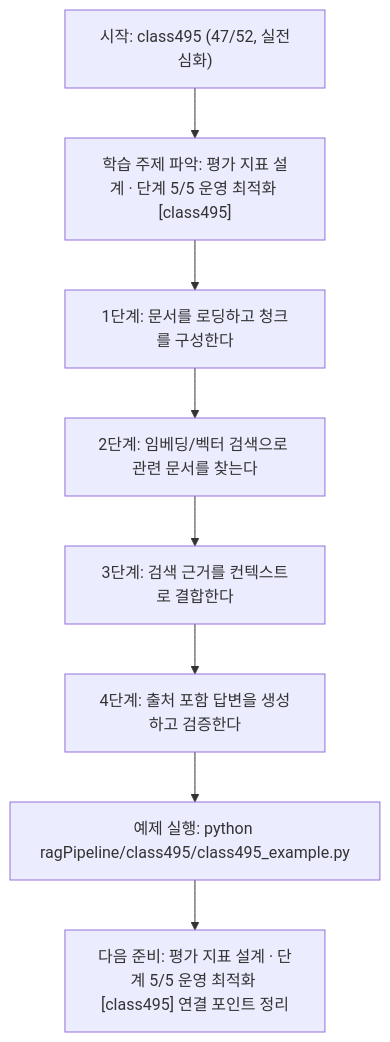
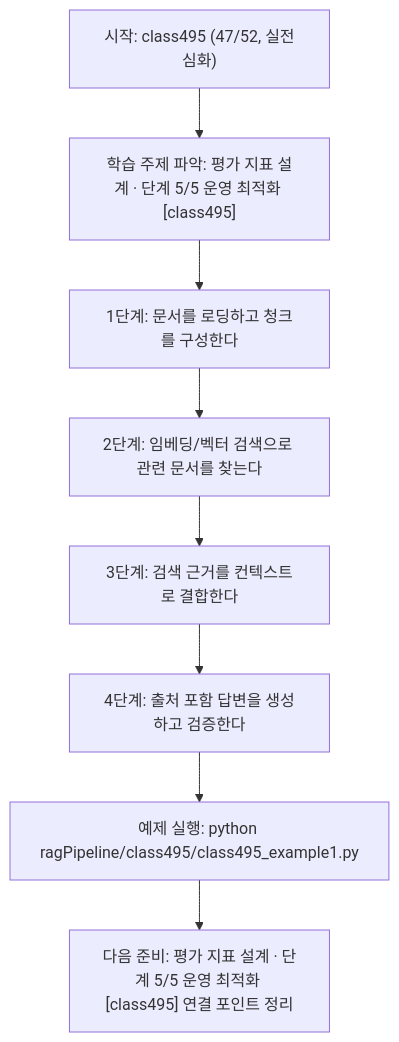
One commit to edumgt/Python-AI_Agent-Class changed the diagram in ragPipeline/class495/class495.md. Above: the diagram before and after it, drawn with Mermaid. The commit also changed other lines of this file and 2959 other files, not shown here.

````diff
--- a/ragPipeline/class495/class495.md
+++ b/ragPipeline/class495/class495.md
@@ -111,18 +111,18 @@
 ```mermaid
 flowchart TD
 N1["시작: class495 (47/52, 실전심화)"]
 N2["학습 주제 파악: 평가 지표 설계 · 단계 5/5 운영 최적화 [class495]"]
 N3["1단계: 문서를 로딩하고 청크를 구성한다"]
 N4["2단계: 임베딩/벡터 검색으로 관련 문서를 찾는다"]
 N5["3단계: 검색 근거를 컨텍스트로 결합한다"]
 N6["4단계: 출처 포함 답변을 생성하고 검증한다"]
-N7["예제 실행: python ragPipeline/class495/class495_example.py"]
+N7["예제 실행: python ragPipeline/class495/class495_example1.py"]
 N8["다음 준비: 평가 지표 설계 · 단계 5/5 운영 최적화 [class495] 연결 포인트 정리"]
 N1 --> N2
 N2 --> N3
 N3 --> N4
 N4 --> N5
 N5 --> N6
 N6 --> N7
 N7 --> N8
 ```
````
